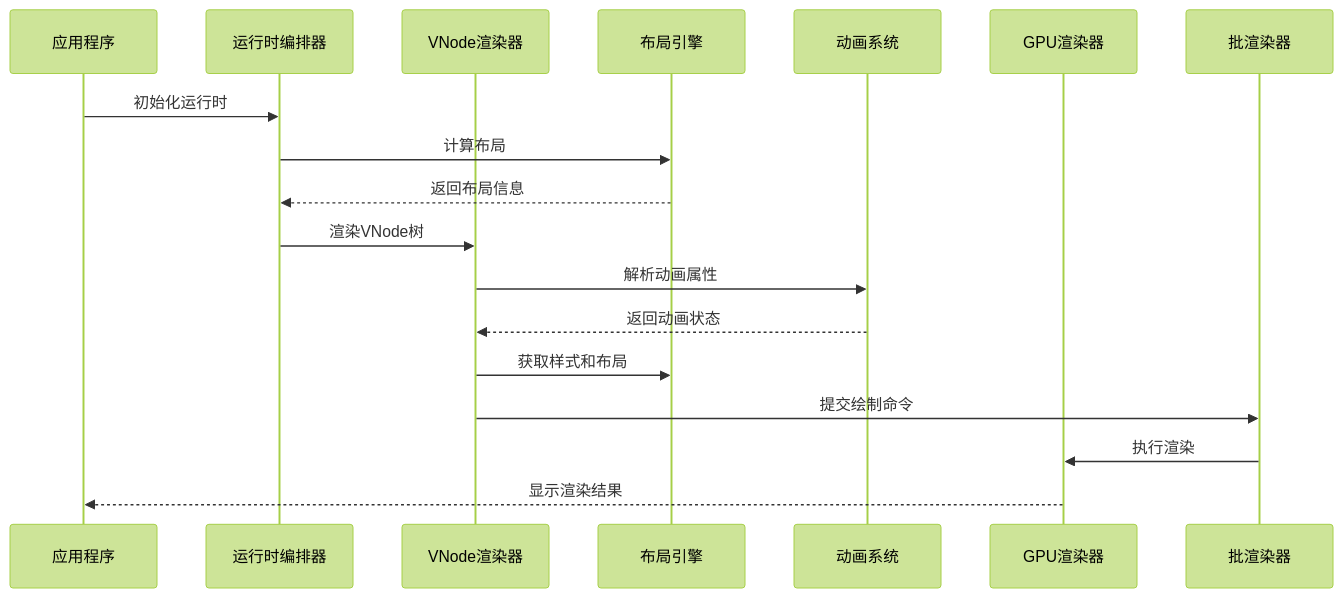
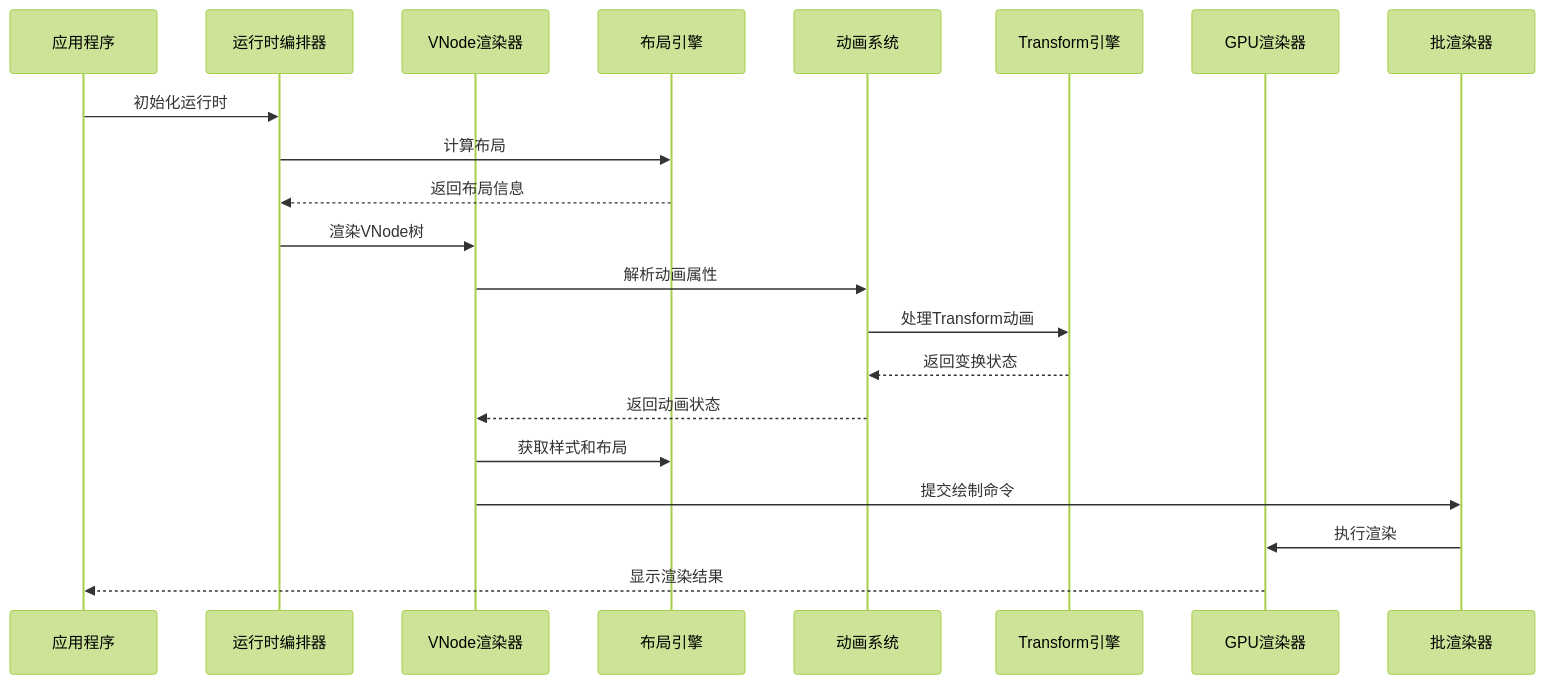
The second of 17 diagrams in .qoder/repowiki/zh/content/技术架构详解/WebGPU渲染引擎/VNode GPU渲染器模块.md (itszzl-sudo/iris), drawn with Mermaid (forest theme) before and after one commit. The commit also changed other lines of this file and 8 other files, not shown here.

````diff
--- a/.qoder/repowiki/zh/content/技术架构详解/WebGPU渲染引擎/VNode GPU渲染器模块.md
+++ b/.qoder/repowiki/zh/content/技术架构详解/WebGPU渲染引擎/VNode GPU渲染器模块.md
@@ -160,20 +182,23 @@
 ```mermaid
 sequenceDiagram
 participant App as 应用程序
 participant Orchestrator as 运行时编排器
 participant VNode as VNode渲染器
 participant Layout as 布局引擎
 participant Anim as 动画系统
+participant Transform as Transform引擎
 participant GPU as GPU渲染器
 participant Batch as 批渲染器
 App->>Orchestrator : 初始化运行时
 Orchestrator->>Layout : 计算布局
 Layout-->>Orchestrator : 返回布局信息
 Orchestrator->>VNode : 渲染VNode树
 VNode->>Anim : 解析动画属性
+Anim->>Transform : 处理Transform动画
+Transform-->>Anim : 返回变换状态
 Anim-->>VNode : 返回动画状态
 VNode->>Layout : 获取样式和布局
 VNode->>Batch : 提交绘制命令
 Batch->>GPU : 执行渲染
 GPU-->>App : 显示渲染结果
 ```
````
